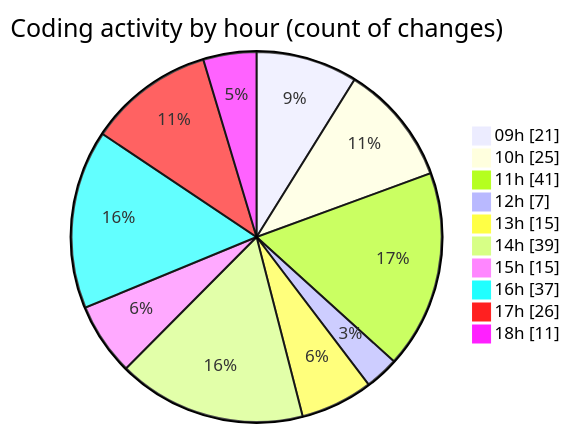
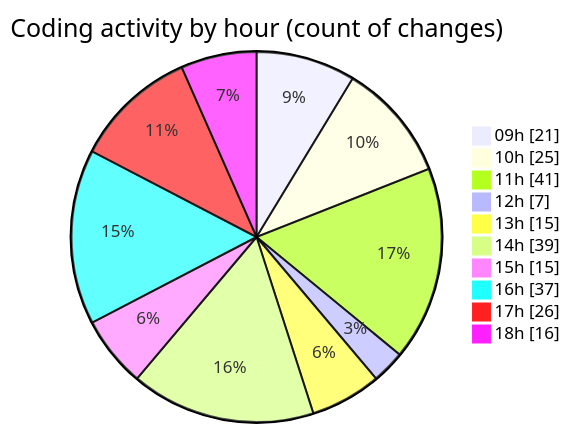
Before and after one commit to momahboobian/code-tracking: the second of 2 diagrams in 2025-12-01/cda/README.md, drawn with Mermaid. The commit also changed other lines of this file and 1 other file, not shown here.

````diff
--- a/2025-12-01/cda/README.md
+++ b/2025-12-01/cda/README.md
@@ -51,14 +51,14 @@
 ```mermaid
 pie showData
 title Coding activity by hour (count of changes)
 "09h" : 21
 "10h" : 25
 "11h" : 41
 "12h" : 7
 "13h" : 15
 "14h" : 39
 "15h" : 15
 "16h" : 37
 "17h" : 26
-"18h" : 11
+"18h" : 16
 ```
````
